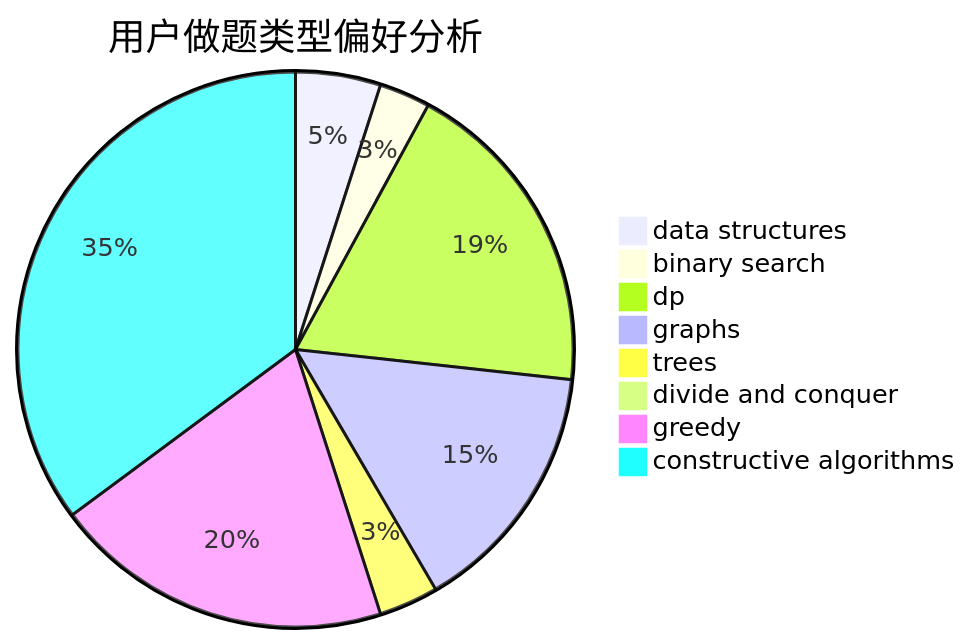
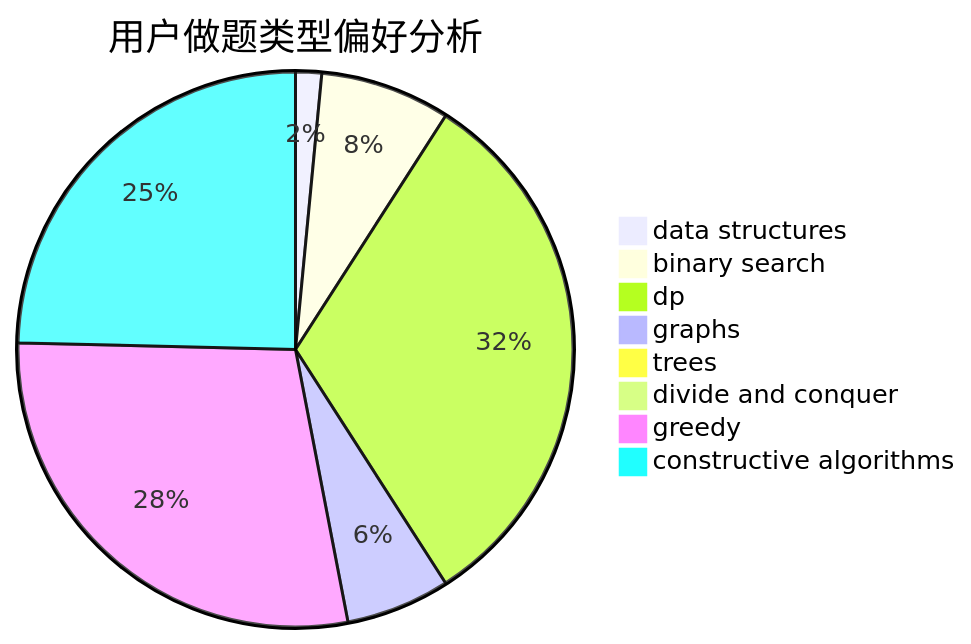
The second of 3 diagrams in docs/user/u2243.md (sherpahu/cfrs.github.io), drawn with Mermaid before and after one commit. The commit also changed other lines of this file and 2770 other files, not shown here.

````diff
--- a/docs/user/u2243.md
+++ b/docs/user/u2243.md
@@ -23,11 +23,11 @@
 ```mermaid
 pie title 用户做题类型偏好分析
-    "data structures" :  10
-    "binary search" :  6
-    "dp" :  38
-    "graphs" :  30
-    "trees" :  7
+    "data structures" :  4
+    "binary search" :  20
+    "dp" :  84
+    "graphs" :  16
+    "trees" :  0
     "divide and conquer" :  0
-    "greedy" :  40
-    "constructive algorithms" :  71
+    "greedy" :  75
+    "constructive algorithms" :  65
 ```
````
